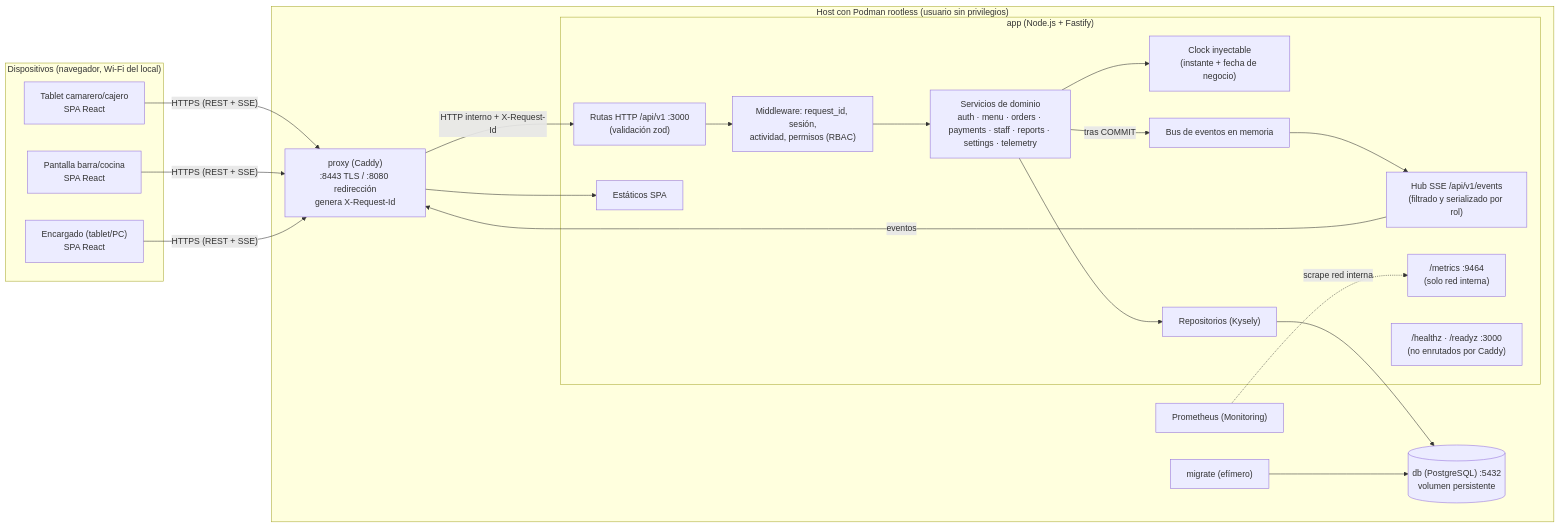
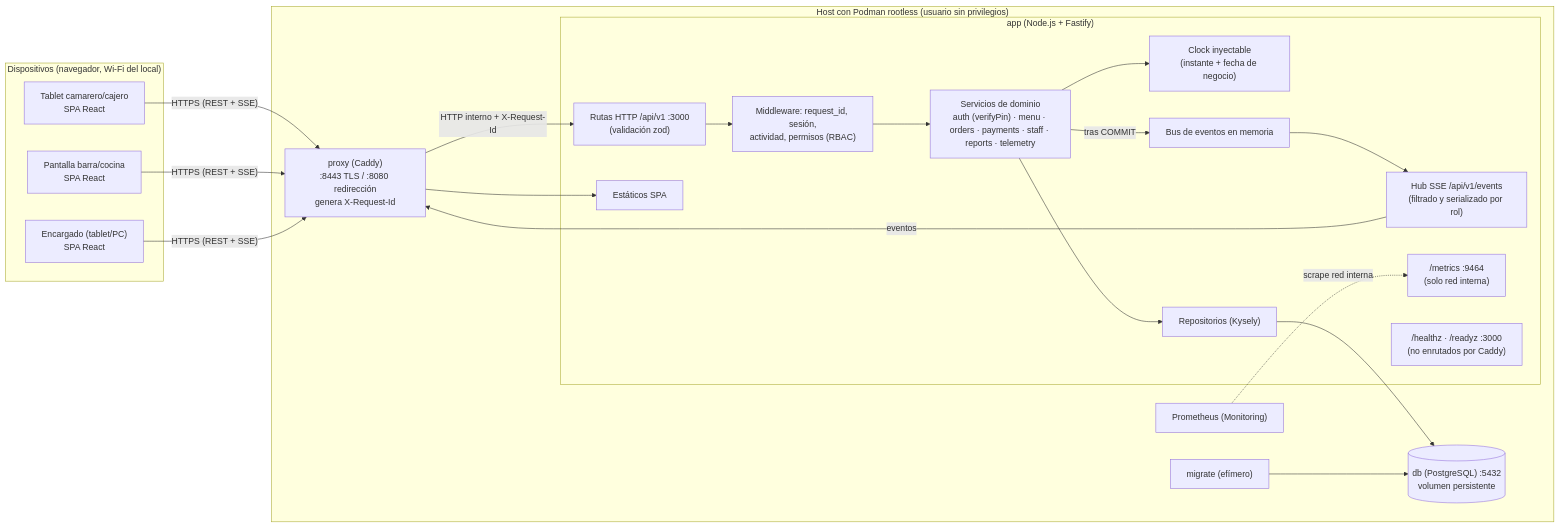
Before and after one commit to Pablo592/testing-ia: the first of 3 diagrams in docs/arquitectura.md, drawn with Mermaid. The commit also changed other lines of this file and 6 other files, not shown here.

Commit message:
E1 software-engineer: SEC-016 verifyPin, SEC-017/021/022, UID 1000 y restos de HU-09

````diff
--- a/docs/arquitectura.md
+++ b/docs/arquitectura.md
@@ -53,38 +59,38 @@
 ```mermaid
 flowchart LR
   subgraph Dispositivos["Dispositivos (navegador, Wi-Fi del local)"]
     T["Tablet camarero/cajero<br/>SPA React"]
     B["Pantalla barra/cocina<br/>SPA React"]
     E["Encargado (tablet/PC)<br/>SPA React"]
   end
 
   subgraph Host["Host con Podman rootless (usuario sin privilegios)"]
     P["proxy (Caddy)<br/>:8443 TLS / :8080 redirección<br/>genera X-Request-Id"]
     subgraph APP["app (Node.js + Fastify)"]
       R["Rutas HTTP /api/v1 :3000<br/>(validación zod)"]
       MW["Middleware: request_id, sesión,<br/>actividad, permisos (RBAC)"]
-      S["Servicios de dominio<br/>auth · menu · orders · payments · staff · reports · settings · telemetry"]
+      S["Servicios de dominio<br/>auth (verifyPin) · menu · orders · payments · staff · reports · telemetry"]
       CLK["Clock inyectable<br/>(instante + fecha de negocio)"]
       BUS["Bus de eventos en memoria"]
       SSE["Hub SSE /api/v1/events<br/>(filtrado y serializado por rol)"]
       REPO["Repositorios (Kysely)"]
       ST["Estáticos SPA"]
       MET["/metrics :9464<br/>(solo red interna)"]
       HC["/healthz · /readyz :3000<br/>(no enrutados por Caddy)"]
     end
     DB[("db (PostgreSQL) :5432<br/>volumen persistente")]
     M["migrate (efímero)"]
     PROM["Prometheus (Monitoring)"]
   end
 
   T & B & E -- "HTTPS (REST + SSE)" --> P
   P -- "HTTP interno + X-Request-Id" --> R
   P --> ST
   R --> MW --> S
   S --> CLK
   S --> REPO --> DB
   S -- "tras COMMIT" --> BUS --> SSE
   SSE -- "eventos" --> P
   M --> DB
   PROM -. "scrape red interna" .-> MET
 ```
````
